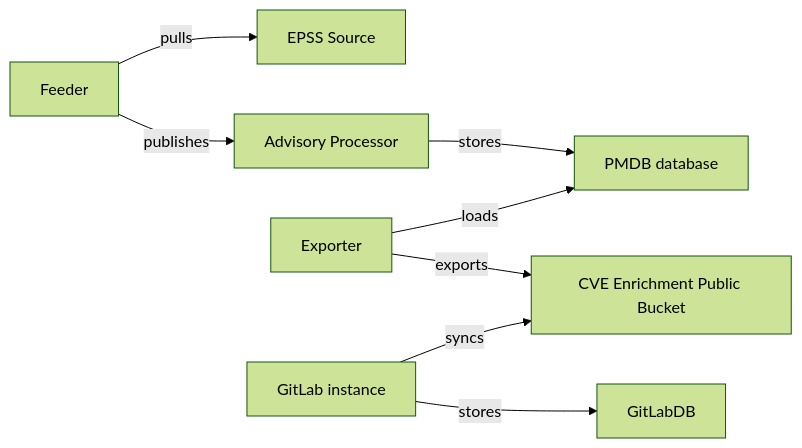
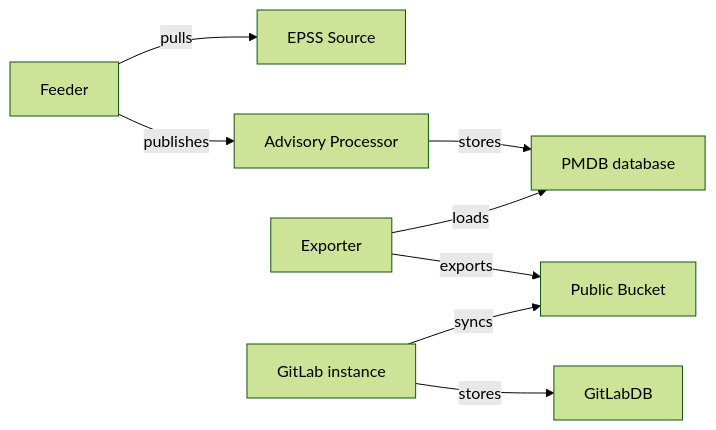
One commit to moliver28/research-handbook changed the second of 2 diagrams in content/handbook/engineering/architecture/design-documents/epss/_index.md. Above: the diagram before and after it, drawn with Mermaid (forest theme).

Commit message:
revert epss changes

````diff
--- a/content/handbook/engineering/architecture/design-documents/epss/_index.md
+++ b/content/handbook/engineering/architecture/design-documents/epss/_index.md
@@ -181,10 +181,10 @@
 ```mermaid
 flowchart LR
     AF[Feeder] -->|pulls| A[EPSS Source]
     AF -->|publishes| AP[Advisory Processor]
     AP -->|stores| DD[PMDB database]
     E[Exporter] -->|loads|DD
-    E --> |exports| B[CVE Enrichment Public Bucket]
+    E --> |exports| B[Public Bucket]
     GitLab[GitLab instance] --> |syncs| B
     GitLab --> |stores| GitLabDB
 ```
````
